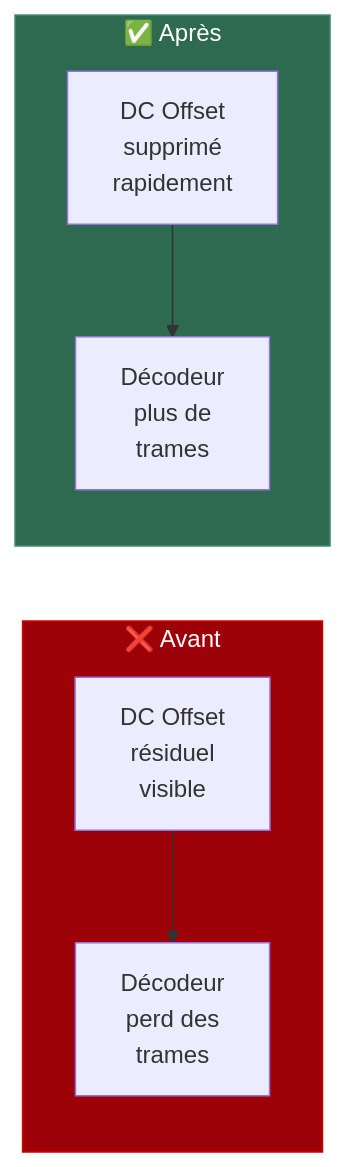
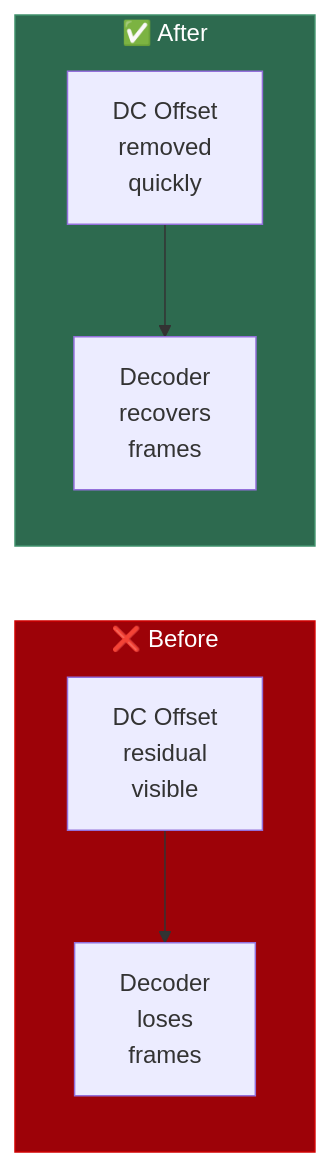
Before and after one commit to f4tnk/airspyone_host: the seventh of 11 diagrams in OPTIMIZATIONS-F4TNK.md, drawn with Mermaid. The commit also changed other lines of this file, not shown here.

````diff
--- a/OPTIMIZATIONS-F4TNK.md
+++ b/OPTIMIZATIONS-F4TNK.md
@@ -352,18 +352,18 @@
 ```mermaid
 flowchart LR
-    subgraph Avant["❌ Avant"]
-        A1["DC Offset<br/>résiduel<br/>visible"]
-        A2["Décodeur<br/>perd des<br/>trames"]
+    subgraph Before["❌ Before"]
+        A1["DC Offset<br/>residual<br/>visible"]
+        A2["Decoder<br/>loses<br/>frames"]
     end
 
-    subgraph Après["✅ Après"]
-        B1["DC Offset<br/>supprimé<br/>rapidement"]
-        B2["Décodeur<br/>plus de<br/>trames"]
+    subgraph After["✅ After"]
+        B1["DC Offset<br/>removed<br/>quickly"]
+        B2["Decoder<br/>recovers<br/>frames"]
     end
 
     A1 --> A2
     B1 --> B2
 
-    style Avant fill:#9d0208,stroke:#d00000,color:#fff
-    style Après fill:#2d6a4f,stroke:#40916c,color:#fff
+    style Before fill:#9d0208,stroke:#d00000,color:#fff
+    style After fill:#2d6a4f,stroke:#40916c,color:#fff
 ```
````
